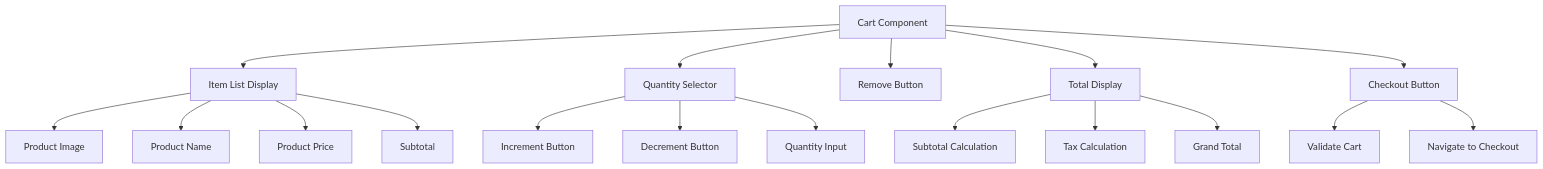
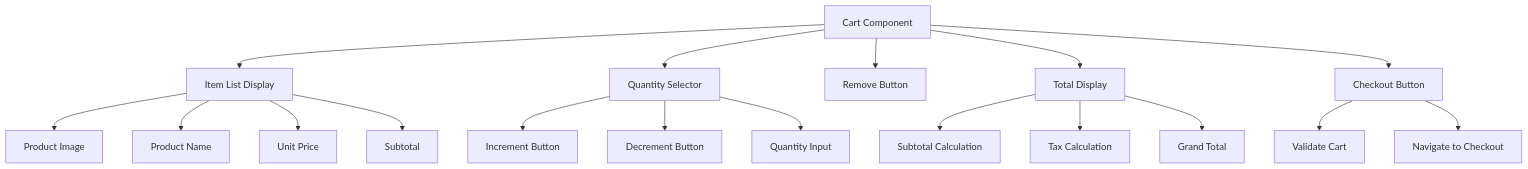
One commit to NavneetBN47/aava-ecom-demo changed diagram 14 of 17 in docs/LLD/lld.md. Above: the diagram before and after it, drawn with Mermaid. The commit also changed other lines of this file, not shown here.

````diff
--- a/docs/LLD/lld.md
+++ b/docs/LLD/lld.md
@@ -621,24 +704,24 @@
 ```mermaid
 flowchart TD
     A[Cart Component] --> B[Item List Display]
     A --> C[Quantity Selector]
     A --> D[Remove Button]
     A --> E[Total Display]
     A --> F[Checkout Button]
     
     B --> G[Product Image]
     B --> H[Product Name]
-    B --> I[Product Price]
+    B --> I[Unit Price]
     B --> J[Subtotal]
     
     C --> K[Increment Button]
     C --> L[Decrement Button]
     C --> M[Quantity Input]
     
     E --> N[Subtotal Calculation]
     E --> O[Tax Calculation]
     E --> P[Grand Total]
     
     F --> Q[Validate Cart]
     F --> R[Navigate to Checkout]
 ```
````
